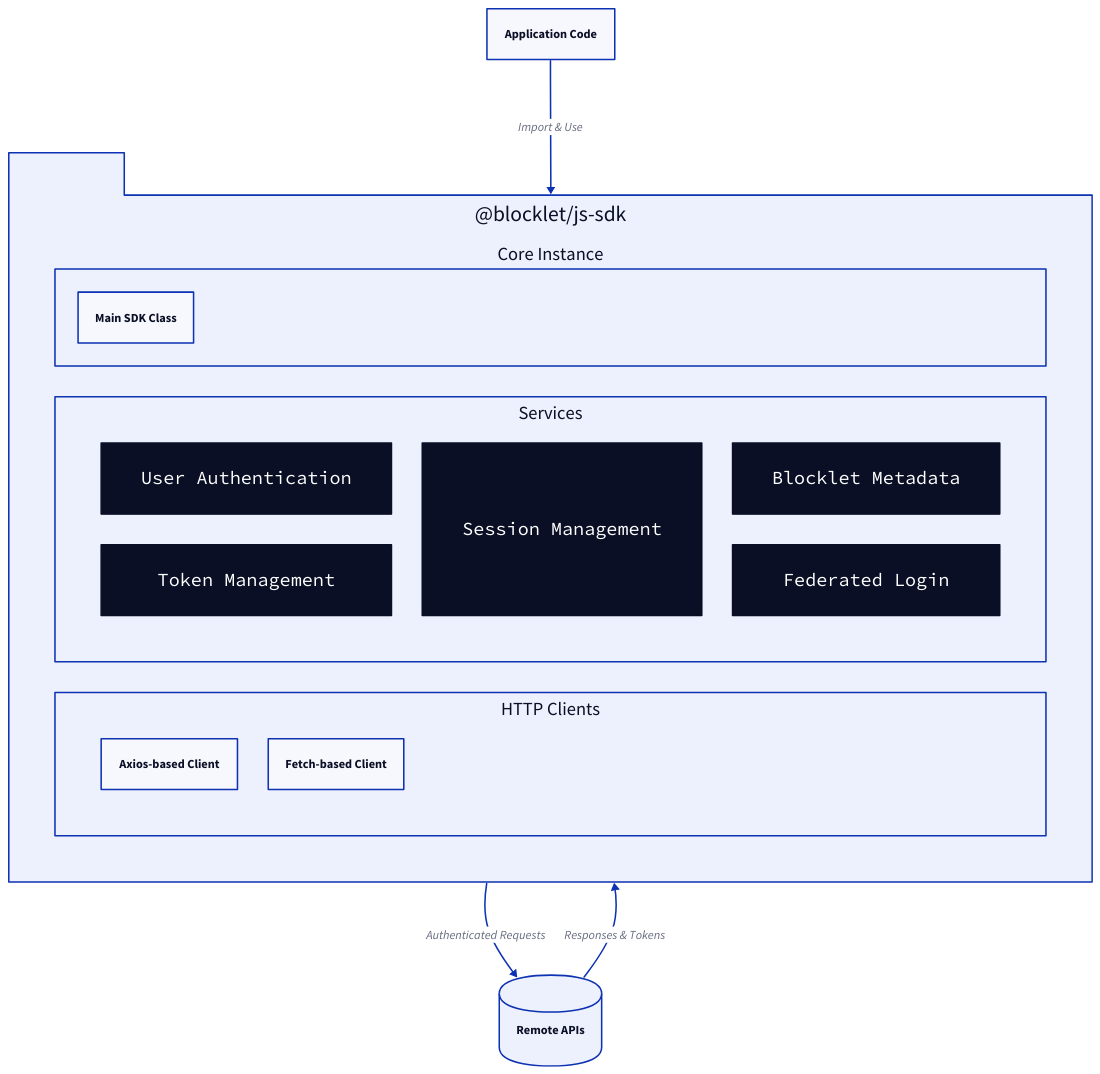
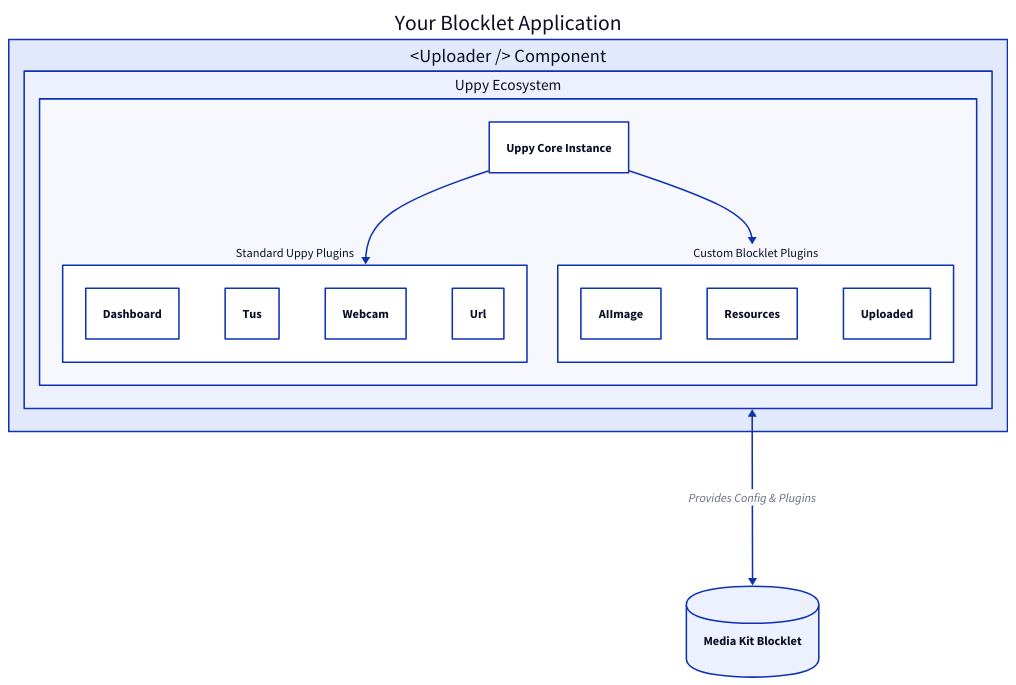
Before and after one commit to li-yechao/aigne-doc-smith: diagram 19 of 36 in prompts/document/d2-chart/rules.md, drawn with D2. The commit also changed other lines of this file and 9 other files, not shown here.

Commit message:
chore: much better D2 diagram generation (#91)

````diff
--- a/prompts/document/d2-chart/rules.md
+++ b/prompts/document/d2-chart/rules.md
@@ -253,54 +447,48 @@
-      ```d2
-      direction: down
+  ```d2
+  direction: down
 
-      "SDK": "@blocklet/js-sdk" {
-        shape: package
-        grid-columns: 1
-        
-        "Core Instance": {
+  blocklet-app: {
+    label: "Your Blocklet Application"
+    shape: rectangle
+
+    uploader-component: {
+      label: "<Uploader /> Component"
+      shape: rectangle
+
+      uppy-ecosystem: {
+        label: "Uppy Ecosystem"
+        shape: rectangle
+
+        uppy-core: {
+          label: "Uppy Core Instance"
+        }
+
+        standard-plugins: {
+          label: "Standard Uppy Plugins"
           shape: rectangle
-          "BlockletSDK": "Main SDK Class"
+          Dashboard: {}
+          Tus: {}
+          Webcam: {}
+          Url: {}
         }
-        
-        "Services": {
-          grid-columns: 3
-          "AuthService": "User Authentication" {
-            shape: class
-          }
-          "TokenService": "Token Management" {
-            shape: class  
-          }
-          "UserSessionService": "Session Management" {
-            shape: class
-          }
-          "BlockletService": "Blocklet Metadata" {
-            shape: class
-          }
-          "FederatedService": "Federated Login" {
-            shape: class
-          }
-        }
-        
-        "HTTP Clients": {
-          grid-columns: 2
-          "createAxios": "Axios-based Client" {
-            shape: rectangle
-          }
-          "createFetch": "Fetch-based Client" {
-            shape: rectangle
-          }
+
+        custom-plugins: {
+          label: "Custom Blocklet Plugins"
+          shape: rectangle
+          AIImage: {}
+          Resources: {}
+          Uploaded: {}
         }
       }
+    }
+  }
 
-      "Your App": "Application Code" {
-        shape: rectangle
-      }
+  media-kit: {
+    label: "Media Kit Blocklet"
+    shape: cylinder
+  }
 
-      "Blocklet Services": "Remote APIs" {
-        shape: cylinder
-      }
-
-      "Your App" -> "SDK": "Import & Use"
-      "SDK" -> "Blocklet Services": "Authenticated Requests"
-      "Blocklet Services" -> "SDK": "Responses & Tokens"
-      ```
+  blocklet-app.uploader-component.uppy-ecosystem.uppy-core -> blocklet-app.uploader-component.uppy-ecosystem.standard-plugins
+  blocklet-app.uploader-component.uppy-ecosystem.uppy-core -> blocklet-app.uploader-component.uppy-ecosystem.custom-plugins
+  blocklet-app.uploader-component <-> media-kit: "Provides Config & Plugins"
+  ```
````
